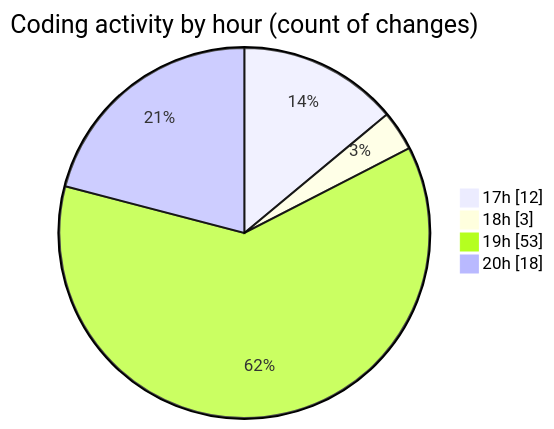
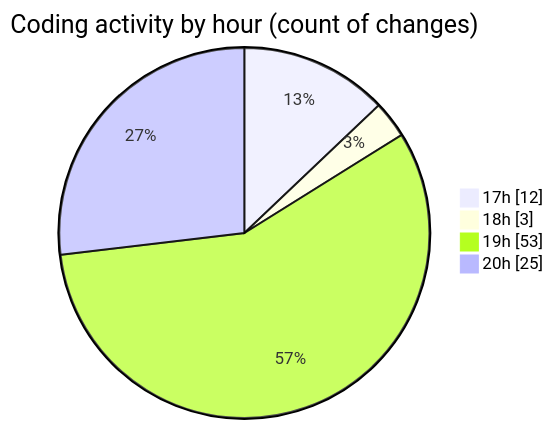
One commit to Ritupan-Deka/code-tracking changed the second of 2 diagrams in 2025-06-19/scopecraft/README.md. Above: the diagram before and after it, drawn with Mermaid. The commit also changed other lines of this file and 1 other file, not shown here.

````diff
--- a/2025-06-19/scopecraft/README.md
+++ b/2025-06-19/scopecraft/README.md
@@ -44,8 +44,8 @@
 ```mermaid
 pie showData
 title Coding activity by hour (count of changes)
 "17h" : 12
 "18h" : 3
 "19h" : 53
-"20h" : 18
+"20h" : 25
 ```
````
